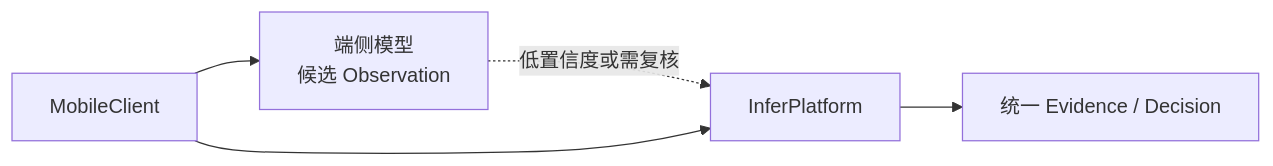
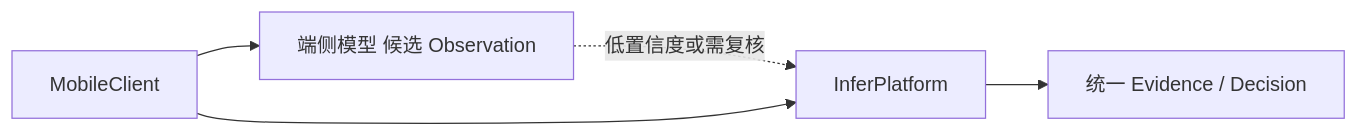
The sixth of 6 diagrams in ARCHITECTURE.md (QingMouFoodDate/ProjectPRD), drawn with Mermaid before and after one commit. The commit also changed other lines of this file and 17 other files, not shown here.

````diff
--- a/ARCHITECTURE.md
+++ b/ARCHITECTURE.md
@@ -175,11 +208,11 @@
 ```mermaid
 flowchart LR
     MOBILE["MobileClient"]
-    EDGE["端侧模型<br/>候选 Observation"]
+    EDGE["端侧模型 候选 Observation"]
     PLATFORM["InferPlatform"]
     DECISION["统一 Evidence / Decision"]
     MOBILE --> EDGE
     EDGE -.低置信度或需复核.-> PLATFORM
     MOBILE --> PLATFORM
     PLATFORM --> DECISION
 ```
````
